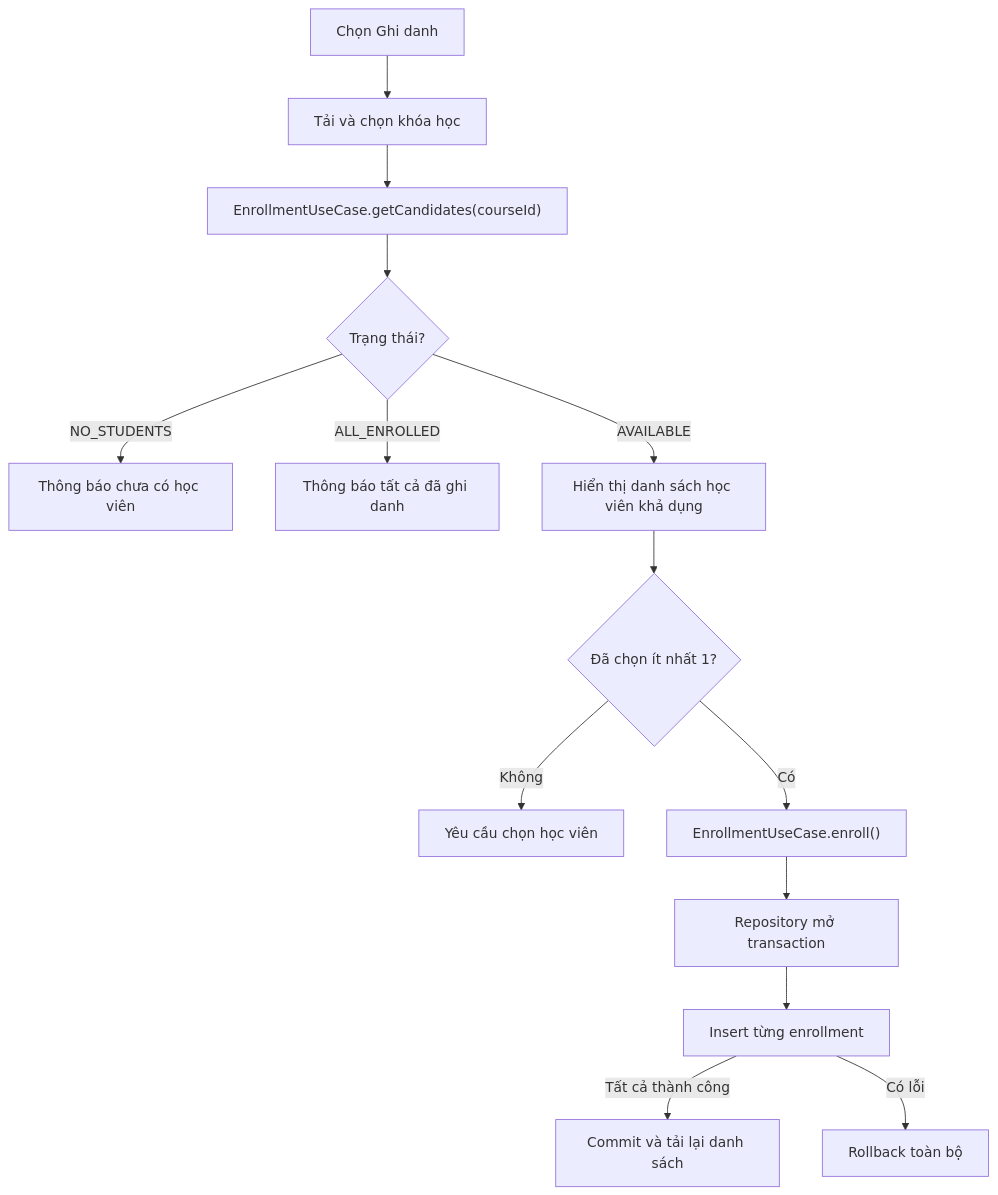
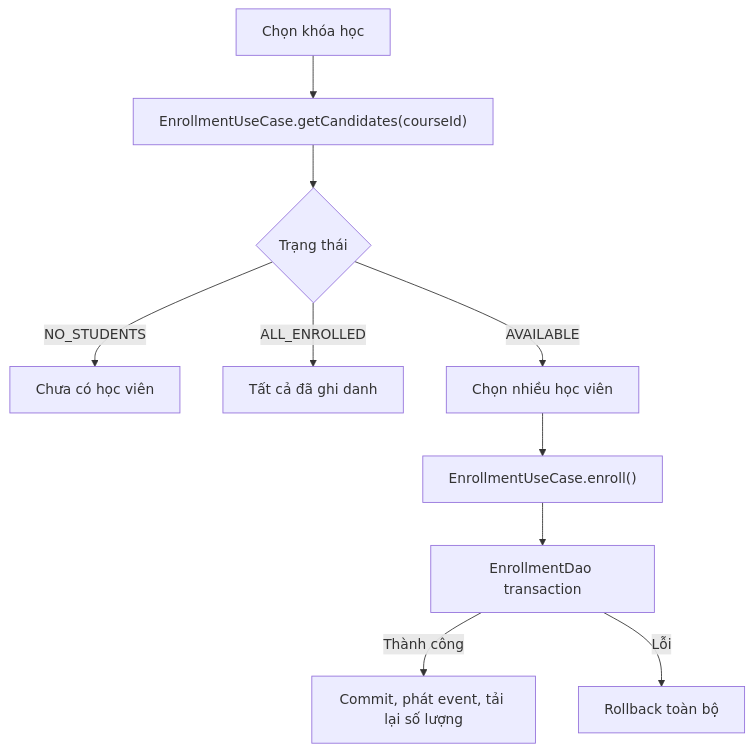
Before and after one commit to hngo120104/MobileAppAssignment: the fifth of 7 diagrams in KIEN_TRUC_VA_LUONG_HOAT_DONG.md, drawn with Mermaid. The commit also changed other lines of this file and 67 other files, not shown here.

````diff
--- a/KIEN_TRUC_VA_LUONG_HOAT_DONG.md
+++ b/KIEN_TRUC_VA_LUONG_HOAT_DONG.md
@@ -273,16 +301,12 @@
 ```mermaid
 flowchart TD
-    Start["Chọn Ghi danh"] --> Courses["Tải và chọn khóa học"]
-    Courses --> Candidates["EnrollmentUseCase.getCandidates(courseId)"]
-    Candidates --> NoStudent{"Trạng thái?"}
-    NoStudent -->|NO_STUDENTS| Empty["Thông báo chưa có học viên"]
-    NoStudent -->|ALL_ENROLLED| Full["Thông báo tất cả đã ghi danh"]
-    NoStudent -->|AVAILABLE| Select["Hiển thị danh sách học viên khả dụng"]
-    Select --> Confirm{"Đã chọn ít nhất 1?"}
-    Confirm -->|Không| Require["Yêu cầu chọn học viên"]
-    Confirm -->|Có| Batch["EnrollmentUseCase.enroll()"]
-    Batch --> Tx["Repository mở transaction"]
-    Tx --> Insert["Insert từng enrollment"]
-    Insert -->|Tất cả thành công| Commit["Commit và tải lại danh sách"]
-    Insert -->|Có lỗi| Rollback["Rollback toàn bộ"]
+    Course["Chọn khóa học"] --> Candidates["EnrollmentUseCase.getCandidates(courseId)"]
+    Candidates --> Status{"Trạng thái"}
+    Status -->|NO_STUDENTS| None["Chưa có học viên"]
+    Status -->|ALL_ENROLLED| Full["Tất cả đã ghi danh"]
+    Status -->|AVAILABLE| Select["Chọn nhiều học viên"]
+    Select --> Enroll["EnrollmentUseCase.enroll()"]
+    Enroll --> Tx["EnrollmentDao transaction"]
+    Tx -->|Thành công| Reload["Commit, phát event, tải lại số lượng"]
+    Tx -->|Lỗi| Rollback["Rollback toàn bộ"]
 ```
````
